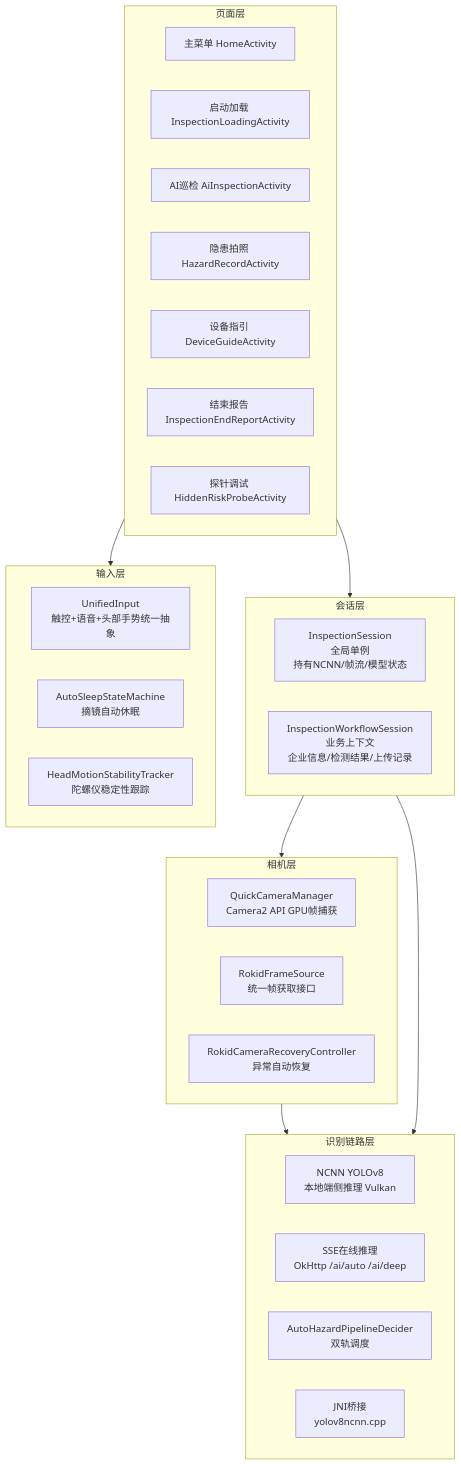
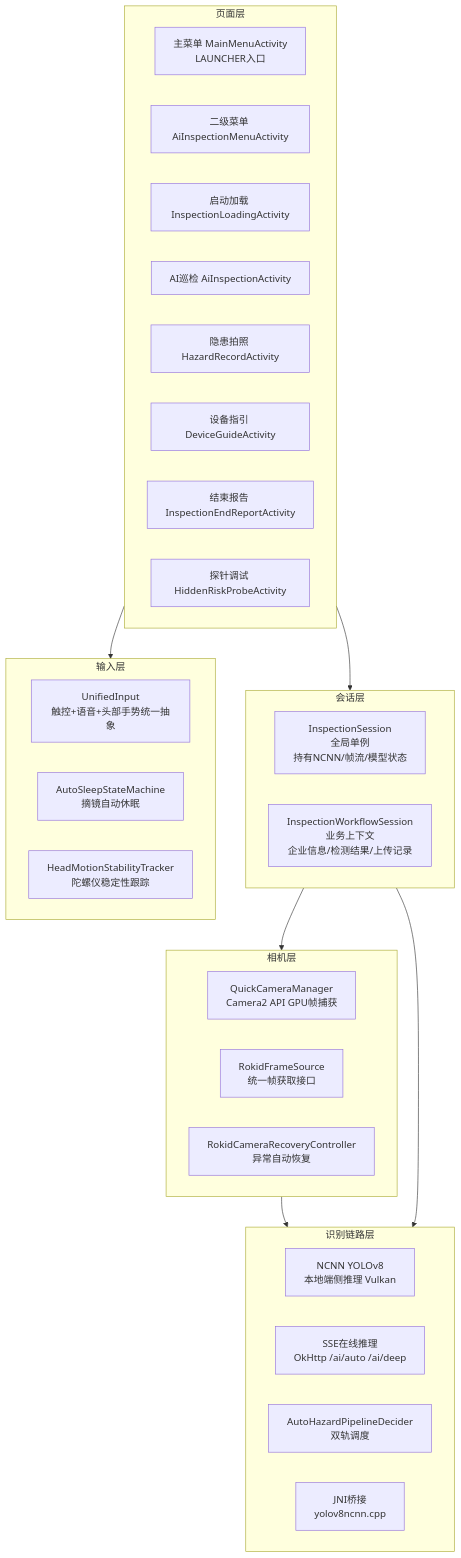
The first of 9 diagrams in docs/CODEMAPS.md (WuChaoli/HiddenRiskGlass), drawn with Mermaid before and after one commit. The commit also changed other lines of this file and 8 other files, not shown here.

First line of the commit message:
feat: 新增 MainMenuActivity 作为 LAUNCHER 入口，实现双层菜单第一层

````diff
--- a/docs/CODEMAPS.md
+++ b/docs/CODEMAPS.md
@@ -15,42 +15,43 @@
 ```mermaid
 flowchart TB
     subgraph L1_PAGE[页面层]
-        Menu[主菜单 HomeActivity]
+        MainMenu[主菜单 MainMenuActivity<br/>LAUNCHER入口]
+        Menu[二级菜单 AiInspectionMenuActivity]
         Loading[启动加载 InspectionLoadingActivity]
         Inspection[AI巡检 AiInspectionActivity]
         Record[隐患拍照 HazardRecordActivity]
         Guide[设备指引 DeviceGuideActivity]
         Report[结束报告 InspectionEndReportActivity]
         Probe[探针调试 HiddenRiskProbeActivity]
     end
 
     subgraph L2_SESSION[会话层]
         IS[InspectionSession<br/>全局单例<br/>持有NCNN/帧流/模型状态]
         IWS[InspectionWorkflowSession<br/>业务上下文<br/>企业信息/检测结果/上传记录]
     end
 
     subgraph L3_INPUT[输入层]
         UI[UnifiedInput<br/>触控+语音+头部手势统一抽象]
         Sleep[AutoSleepStateMachine<br/>摘镜自动休眠]
         Head[HeadMotionStabilityTracker<br/>陀螺仪稳定性跟踪]
     end
 
     subgraph L4_CAMERA[相机层]
         QCM[QuickCameraManager<br/>Camera2 API GPU帧捕获]
         RFS[RokidFrameSource<br/>统一帧获取接口]
         RC[RokidCameraRecoveryController<br/>异常自动恢复]
     end
 
     subgraph L5_INFERENCE[识别链路层]
         NCNN[NCNN YOLOv8<br/>本地端侧推理 Vulkan]
         SSE[SSE在线推理<br/>OkHttp /ai/auto /ai/deep]
         Pipeline[AutoHazardPipelineDecider<br/>双轨调度]
         JNI[JNI桥接<br/>yolov8ncnn.cpp]
     end
 
     L1_PAGE --> L2_SESSION
     L1_PAGE --> L3_INPUT
     L4_CAMERA --> L5_INFERENCE
     L2_SESSION --> L5_INFERENCE
     L2_SESSION --> L4_CAMERA
 ```
````
